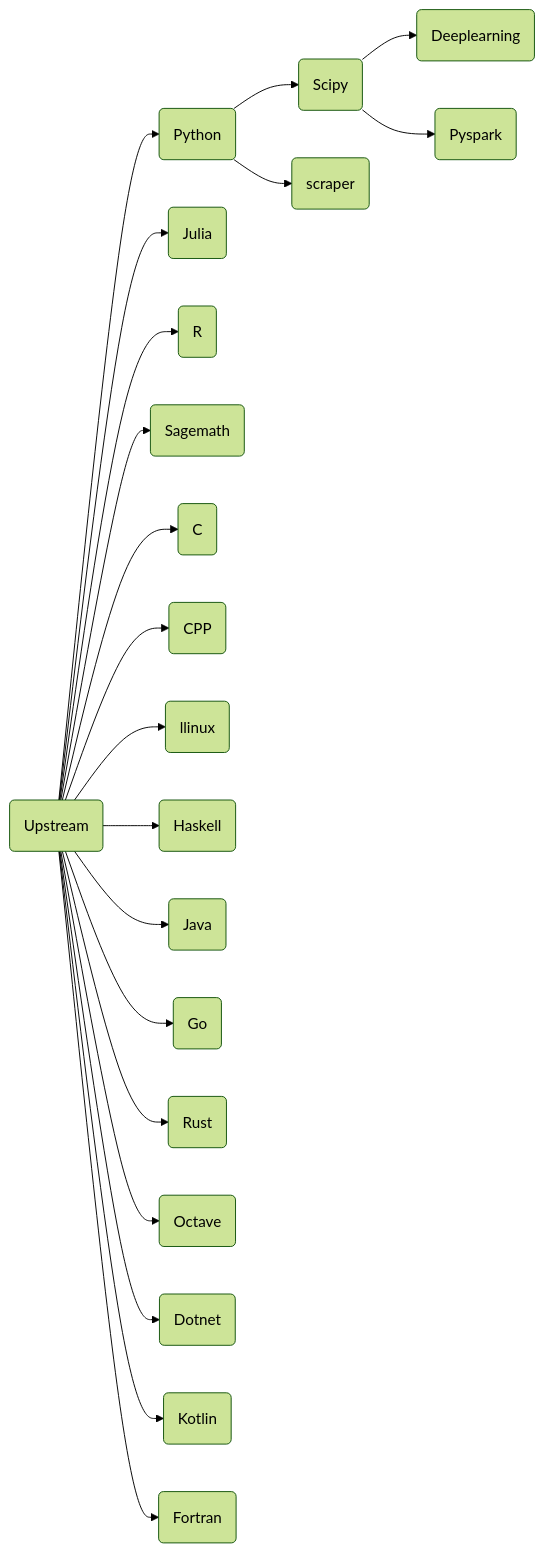
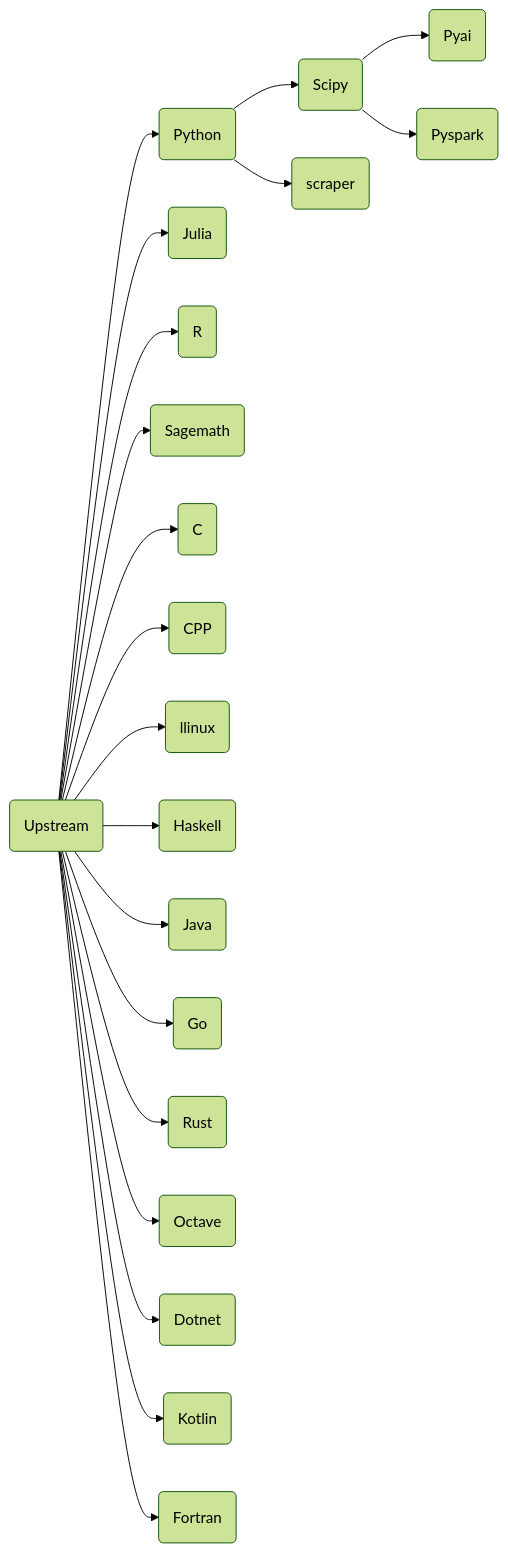
Before and after one commit to ben0i0d/jupyter-image-stacks: the diagram in README.md, drawn with Mermaid (forest theme). The commit also changed other lines of this file and 3 other files, not shown here.

````diff
--- a/README.md
+++ b/README.md
@@ -141,22 +141,22 @@
 ```mermaid
 graph LR
 A(Upstream)-->B(Python)
 B-->C(Scipy)
 B-->D(scraper)
-C(Scipy)-->E(Deeplearning)  
+C(Scipy)-->E(Pyai)  
 C(Scipy)-->F(Pyspark)  
 A-->G(Julia)
 A-->H(R)
 A-->I(Sagemath)
 A-->J(C)
 A-->K(CPP)
 A-->L(llinux)
 A-->M(Haskell)
 A-->N(Java)
 A-->O(Go)
 A-->P(Rust)
 A-->Q(Octave)
 A-->R(Dotnet)
 A-->S(Kotlin)
 A-->T(Fortran)
 ```  
````
